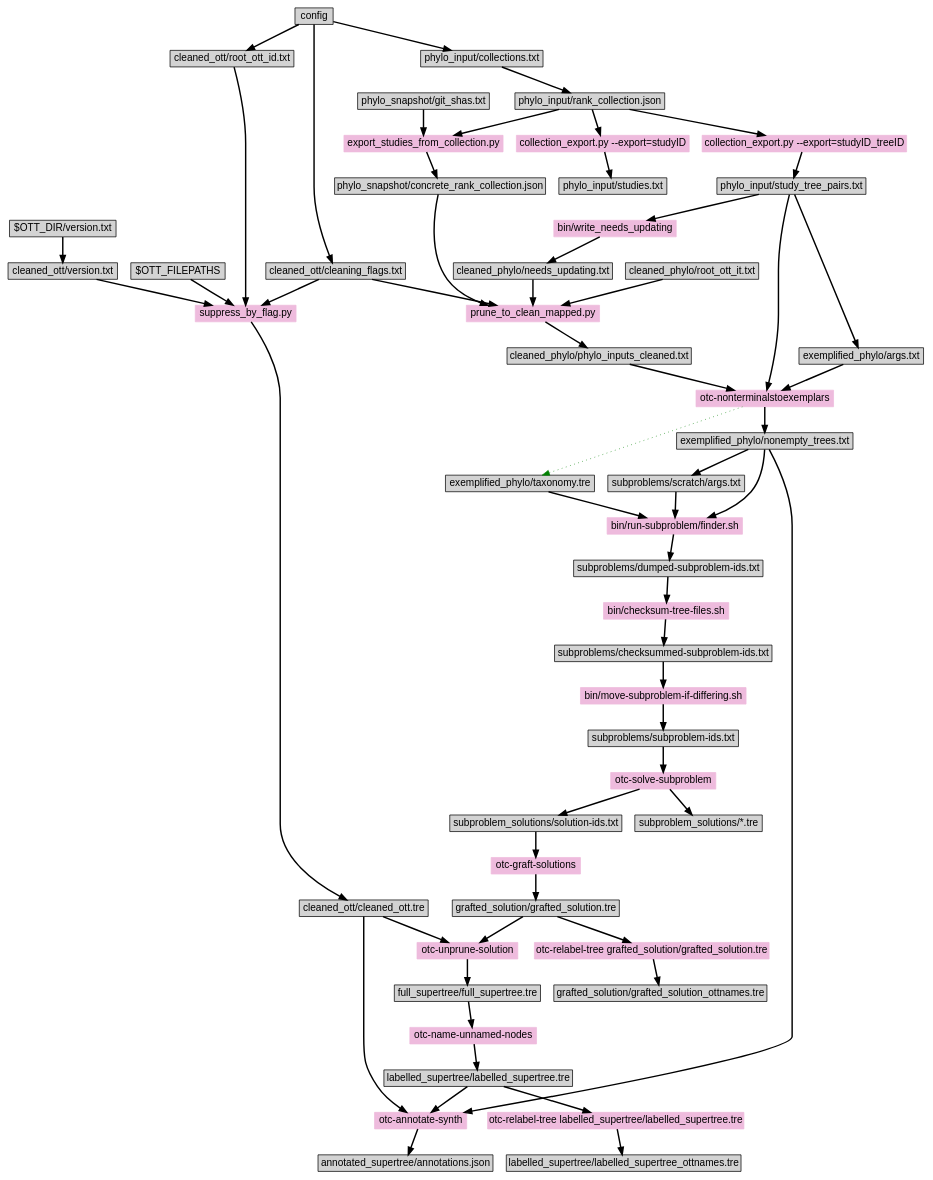
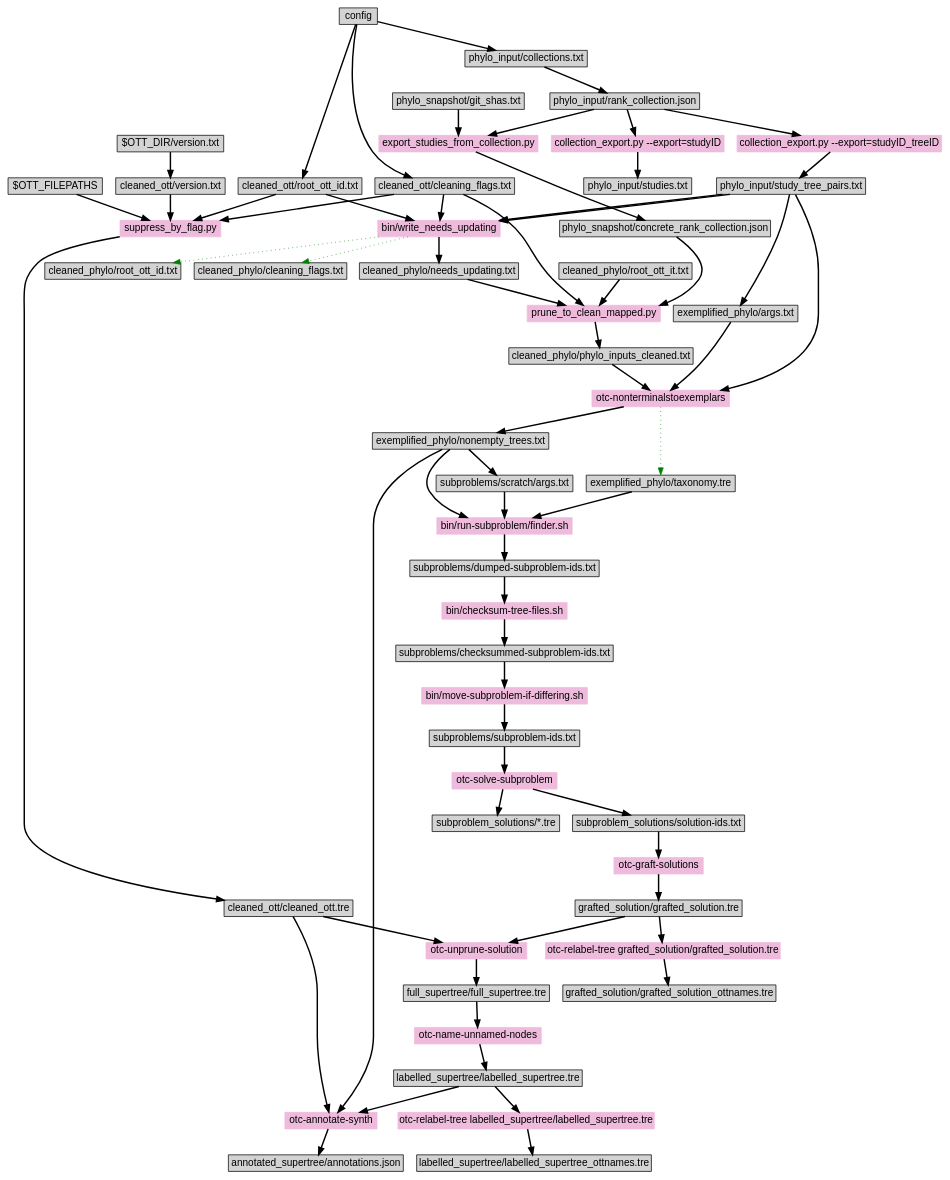
The diagram in doc/dep.dot (OpenTreeOfLife/propinquity), drawn with Graphviz before and after one commit. The commit also changed 3 other files, not shown here.

```diff
--- a/doc/dep.dot
+++ b/doc/dep.dot
@@ -1,106 +1,111 @@
 digraph "make" {
 graph [ranksep=0.25, fontname=Arial,  nodesep=0.25, ranksep=0.5];
 node [fontname=Arial, style=filled, height=0, width=0, shape=box];
 edge [style="setlinewidth(2)"];
 
 config -> "cleaned_ott/root_ott_id.txt"
 config -> "cleaned_ott/cleaning_flags.txt"
 "$OTT_DIR/version.txt" -> "cleaned_ott/version.txt"
 
 "phylo_input/study_tree_pairs.txt" -> "exemplified_phylo/args.txt"
 
 "phylo_input/study_tree_pairs.txt" -> "otc-nonterminalstoexemplars"
 "exemplified_phylo/args.txt" -> "otc-nonterminalstoexemplars"
 "cleaned_phylo/phylo_inputs_cleaned.txt" -> "otc-nonterminalstoexemplars"
 "otc-nonterminalstoexemplars" -> "exemplified_phylo/nonempty_trees.txt"
 "otc-nonterminalstoexemplars" -> "exemplified_phylo/taxonomy.tre" [color=green style=dotted]
 "otc-nonterminalstoexemplars"  [style=filled, color="#EEBBDD"]
 
 "$OTT_FILEPATHS" -> "suppress_by_flag.py"
 "cleaned_ott/version.txt" ->  "suppress_by_flag.py"
 "cleaned_ott/cleaning_flags.txt" ->  "suppress_by_flag.py"
 "cleaned_ott/root_ott_id.txt" ->  "suppress_by_flag.py"
 "suppress_by_flag.py" [style=filled, color="#EEBBDD"]
 "suppress_by_flag.py" -> "cleaned_ott/cleaned_ott.tre"
 
 "phylo_input/rank_collection.json" -> "collection_export.py --export=studyID"
 "collection_export.py --export=studyID" -> "phylo_input/studies.txt"
 "collection_export.py --export=studyID" [style=filled, color="#EEBBDD"]
 
 "phylo_input/rank_collection.json" -> "collection_export.py --export=studyID_treeID"
 "collection_export.py --export=studyID_treeID" -> "phylo_input/study_tree_pairs.txt"
 "collection_export.py --export=studyID_treeID" [style=filled, color="#EEBBDD"]
 
 "phylo_snapshot/git_shas.txt"
 
 "phylo_snapshot/git_shas.txt" ->  "export_studies_from_collection.py"
 "phylo_input/rank_collection.json" -> "export_studies_from_collection.py"
 "export_studies_from_collection.py" -> "phylo_snapshot/concrete_rank_collection.json"
 "export_studies_from_collection.py"  [style=filled, color="#EEBBDD"]
 
+"cleaned_ott/cleaning_flags.txt" -> "bin/write_needs_updating"
+"cleaned_ott/root_ott_id.txt" -> "bin/write_needs_updating"
+"phylo_input/study_tree_pairs.txt" -> "bin/write_needs_updating"
 "phylo_input/study_tree_pairs.txt" -> "bin/write_needs_updating"
 "bin/write_needs_updating" -> "cleaned_phylo/needs_updating.txt"
+"bin/write_needs_updating" -> "cleaned_phylo/cleaning_flags.txt"  [color=green style=dotted]
+"bin/write_needs_updating" -> "cleaned_phylo/root_ott_id.txt"  [color=green style=dotted]
 "bin/write_needs_updating"   [style=filled, color="#EEBBDD"]
 
 "cleaned_phylo/needs_updating.txt" -> "prune_to_clean_mapped.py"
 "cleaned_ott/cleaning_flags.txt" -> "prune_to_clean_mapped.py"
 "cleaned_phylo/root_ott_it.txt" -> "prune_to_clean_mapped.py"
 "phylo_snapshot/concrete_rank_collection.json" -> "prune_to_clean_mapped.py"
 "prune_to_clean_mapped.py"  [style=filled, color="#EEBBDD"]
 "prune_to_clean_mapped.py" -> "cleaned_phylo/phylo_inputs_cleaned.txt"
 
 
 config -> "phylo_input/collections.txt"
 "phylo_input/collections.txt" -> "phylo_input/rank_collection.json"
 # here is where we need to depend on whether the collections have changed!
 
 "exemplified_phylo/nonempty_trees.txt" -> "subproblems/scratch/args.txt"
 
 "exemplified_phylo/taxonomy.tre" -> "bin/run-subproblem/finder.sh"
 "subproblems/scratch/args.txt" -> "bin/run-subproblem/finder.sh"
 "exemplified_phylo/nonempty_trees.txt" -> "bin/run-subproblem/finder.sh"
 "bin/run-subproblem/finder.sh" [style=filled, color="#EEBBDD"]
 "bin/run-subproblem/finder.sh" -> "subproblems/dumped-subproblem-ids.txt"
 
 "subproblems/dumped-subproblem-ids.txt" -> "bin/checksum-tree-files.sh" 
 "bin/checksum-tree-files.sh" [style=filled, color="#EEBBDD"]
 "bin/checksum-tree-files.sh" -> "subproblems/checksummed-subproblem-ids.txt"
 
 
 "subproblems/checksummed-subproblem-ids.txt" -> "bin/move-subproblem-if-differing.sh" 
 "bin/move-subproblem-if-differing.sh" [style=filled, color="#EEBBDD"]
 "bin/move-subproblem-if-differing.sh" -> "subproblems/subproblem-ids.txt"
 
 "subproblems/subproblem-ids.txt" -> "otc-solve-subproblem"
 "otc-solve-subproblem" [style=filled, color="#EEBBDD"]
 "otc-solve-subproblem" -> "subproblem_solutions/*.tre"
 "otc-solve-subproblem" -> "subproblem_solutions/solution-ids.txt"
 "subproblem_solutions/solution-ids.txt"
 
 "subproblem_solutions/solution-ids.txt" -> "otc-graft-solutions"
 "otc-graft-solutions" [style=filled, color="#EEBBDD"]
 "otc-graft-solutions" -> "grafted_solution/grafted_solution.tre"
 
 "grafted_solution/grafted_solution.tre" -> "otc-relabel-tree grafted_solution/grafted_solution.tre"
 "otc-relabel-tree grafted_solution/grafted_solution.tre" [style=filled, color="#EEBBDD"]
 "otc-relabel-tree grafted_solution/grafted_solution.tre" -> "grafted_solution/grafted_solution_ottnames.tre"
 
 "cleaned_ott/cleaned_ott.tre" -> "otc-unprune-solution"
 "grafted_solution/grafted_solution.tre" -> "otc-unprune-solution"
 "otc-unprune-solution" [style=filled, color="#EEBBDD"]
 "otc-unprune-solution" -> "full_supertree/full_supertree.tre"
 
 "full_supertree/full_supertree.tre" -> "otc-name-unnamed-nodes"
 "otc-name-unnamed-nodes" [style=filled, color="#EEBBDD"]
 "otc-name-unnamed-nodes" -> "labelled_supertree/labelled_supertree.tre"
 
 "labelled_supertree/labelled_supertree.tre" -> "otc-relabel-tree labelled_supertree/labelled_supertree.tre"
 "otc-relabel-tree labelled_supertree/labelled_supertree.tre" [style=filled, color="#EEBBDD"]
 "otc-relabel-tree labelled_supertree/labelled_supertree.tre" -> "labelled_supertree/labelled_supertree_ottnames.tre"
 
 "cleaned_ott/cleaned_ott.tre" -> "otc-annotate-synth"
 "labelled_supertree/labelled_supertree.tre" -> "otc-annotate-synth"
 "exemplified_phylo/nonempty_trees.txt" -> "otc-annotate-synth"
 "otc-annotate-synth" [style=filled, color="#EEBBDD"]
 "otc-annotate-synth" -> "annotated_supertree/annotations.json"
 }
```
